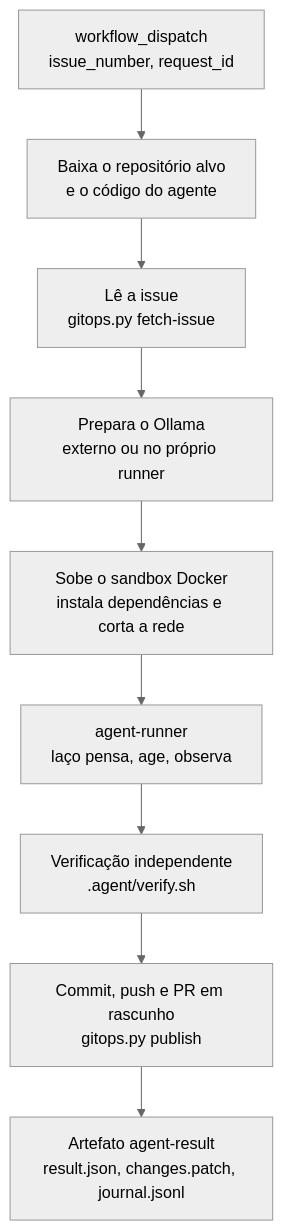
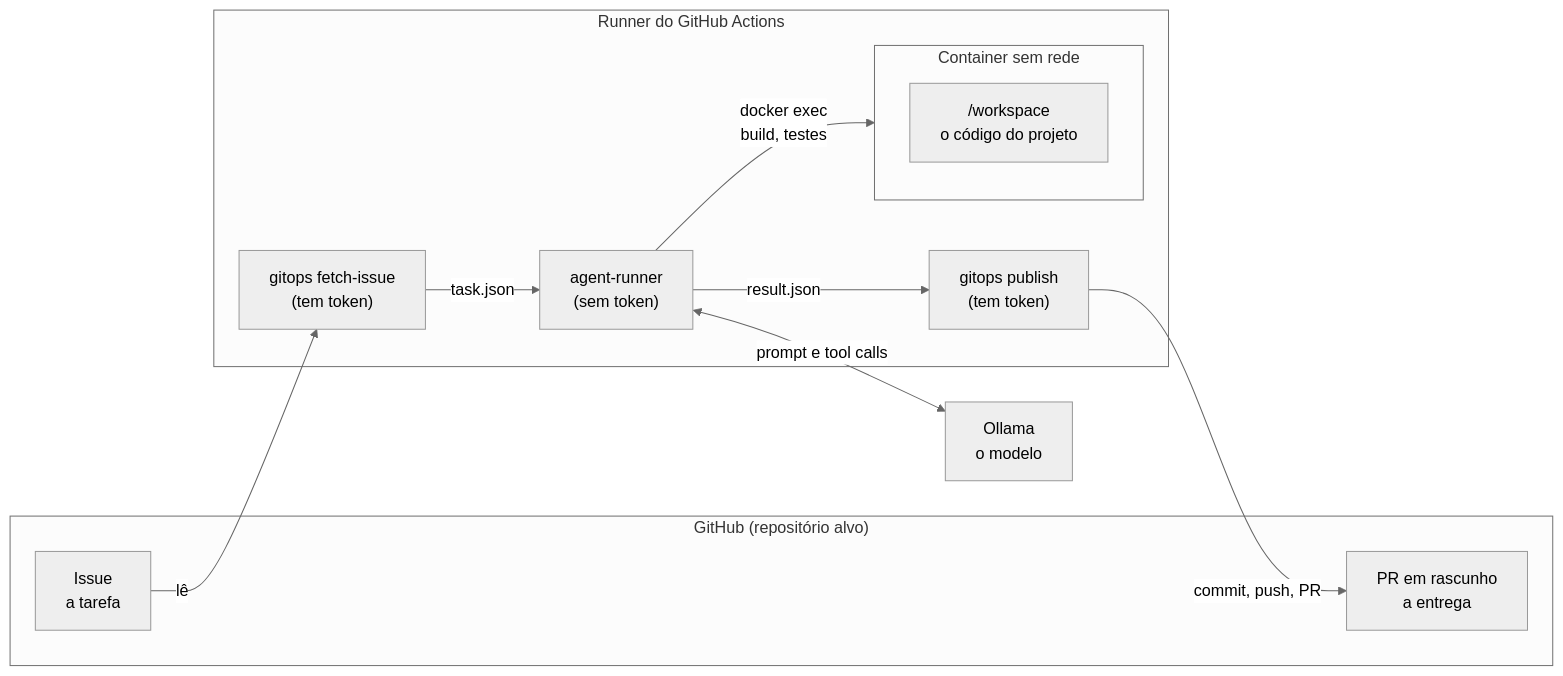
Before and after one commit to CaioMC/coding-agent: the diagram in README.md, drawn with Mermaid (neutral theme). The commit also changed other lines of this file and 82 other files, not shown here.

````diff
--- a/README.md
+++ b/README.md
@@ -38,11 +34,25 @@
 ```mermaid
-flowchart TD
-    D["workflow_dispatch<br/>issue_number, request_id"] --> C["Baixa o repositório alvo<br/>e o código do agente"]
-    C --> I["Lê a issue<br/>gitops.py fetch-issue"]
-    I --> O["Prepara o Ollama<br/>externo ou no próprio runner"]
-    O --> S["Sobe o sandbox Docker<br/>instala dependências e corta a rede"]
-    S --> A["agent-runner<br/>laço pensa, age, observa"]
-    A --> V["Verificação independente<br/>.agent/verify.sh"]
-    V --> P["Commit, push e PR em rascunho<br/>gitops.py publish"]
-    P --> R["Artefato agent-result<br/>result.json, changes.patch, journal.jsonl"]
+flowchart LR
+    subgraph GH["GitHub (repositório alvo)"]
+        I["Issue<br/>a tarefa"]
+        PR["PR em rascunho<br/>a entrega"]
+    end
+
+    subgraph RUN["Runner do GitHub Actions"]
+        G1["gitops fetch-issue<br/>(tem token)"]
+        AR["agent-runner<br/>(sem token)"]
+        G2["gitops publish<br/>(tem token)"]
+        subgraph C["Container sem rede"]
+            REPO["/workspace<br/>o código do projeto"]
+        end
+    end
+
+    OL["Ollama<br/>o modelo"]
+
+    I -->|"lê"| G1
+    G1 -->|"task.json"| AR
+    AR <-->|"prompt e tool calls"| OL
+    AR -->|"docker exec<br/>build, testes"| C
+    AR -->|"result.json"| G2
+    G2 -->|"commit, push, PR"| PR
 ```
````
